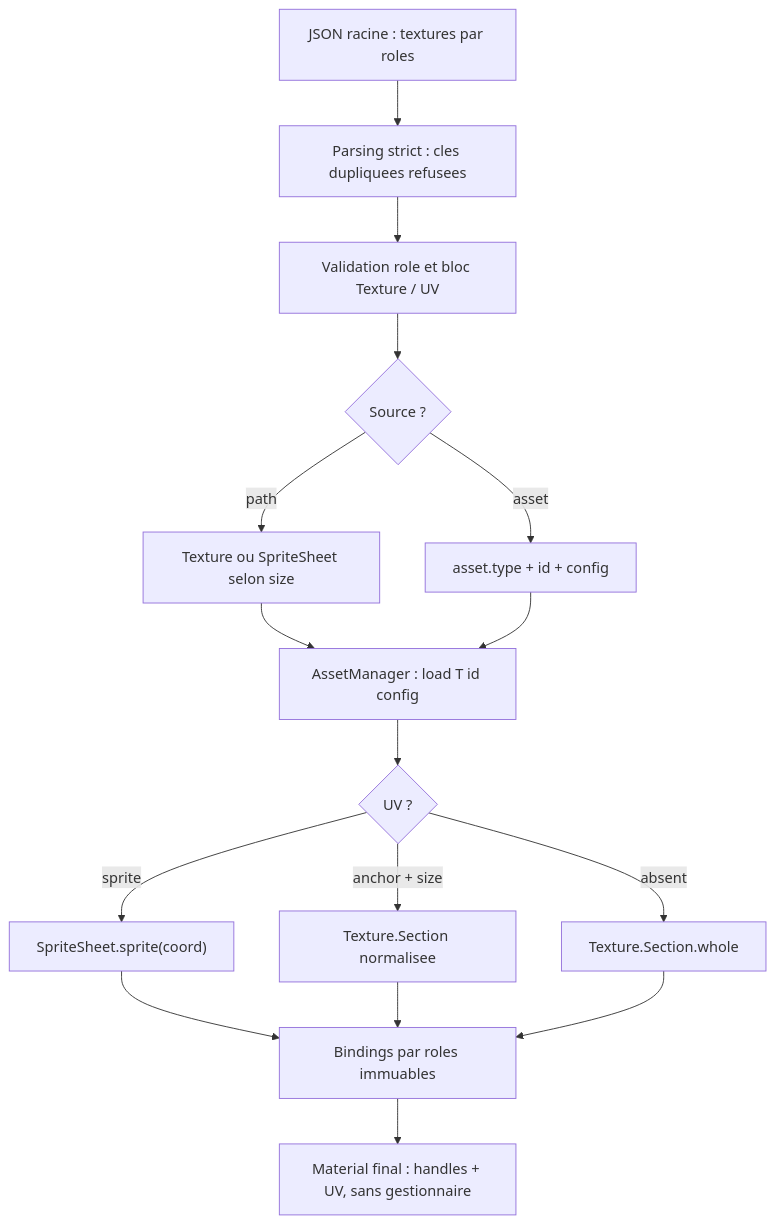
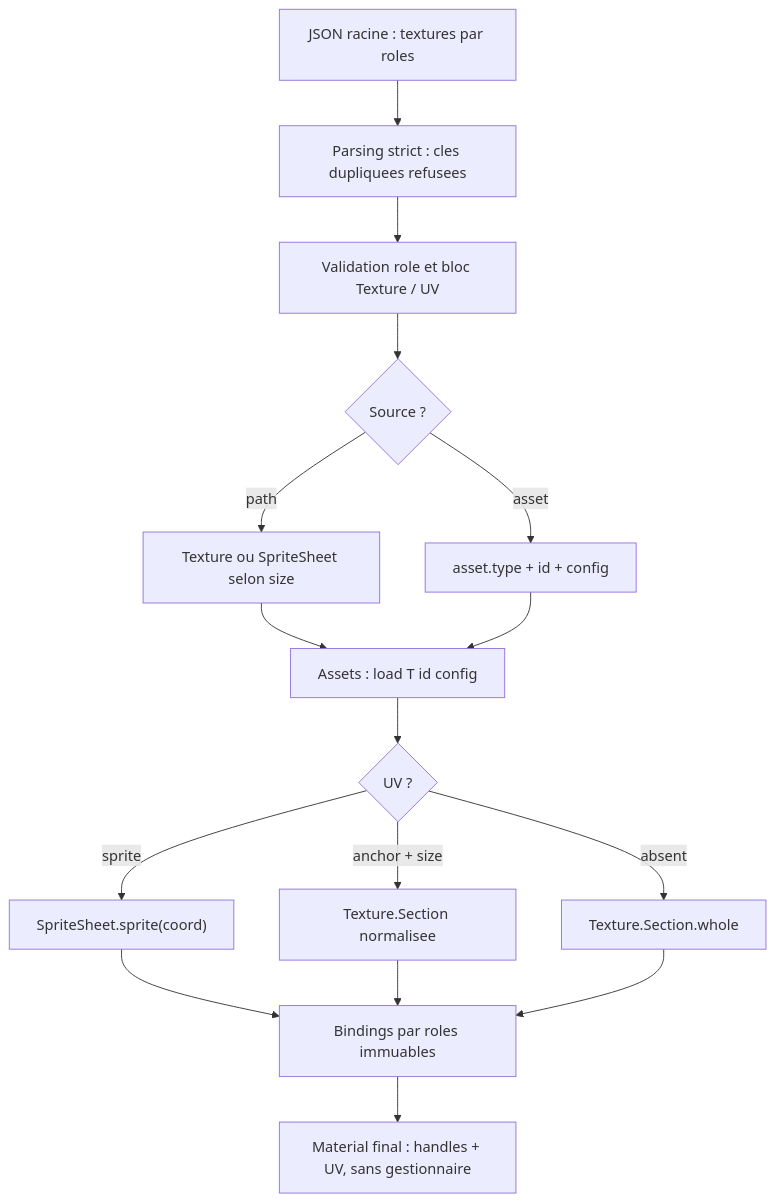
Before and after one commit to EreliaStudio/Sparkle: the second of 3 diagrams in docs/voxel-engine-v0.1.4/04-materiaux-textures-palettes.md, drawn with Mermaid. The commit also changed other lines of this file and 11 other files, not shown here.

Commit message:
PR-06: make spk::Assets and spk::AssetFactory native public API

````diff
--- a/docs/voxel-engine-v0.1.4/04-materiaux-textures-palettes.md
+++ b/docs/voxel-engine-v0.1.4/04-materiaux-textures-palettes.md
@@ -150,18 +150,18 @@
 ```mermaid
 flowchart TD
   Root["JSON racine : textures par roles"] --> Parse["Parsing strict : cles dupliquees refusees"]
   Parse --> Role["Validation role et bloc Texture / UV"]
   Role --> Type{"Source ?"}
   Type -->|"path"| Path["Texture ou SpriteSheet selon size"]
   Type -->|"asset"| Asset["asset.type + id + config"]
-  Path --> Load["AssetManager : load T id config"]
+  Path --> Load["Assets : load T id config"]
   Asset --> Load
   Load --> Region{"UV ?"}
   Region -->|"sprite"| Sprite["SpriteSheet.sprite(coord)"]
   Region -->|"anchor + size"| Explicit["Texture.Section normalisee"]
   Region -->|"absent"| Whole["Texture.Section.whole"]
   Sprite --> Build["Bindings par roles immuables"]
   Explicit --> Build
   Whole --> Build
   Build --> Material["Material final : handles + UV, sans gestionnaire"]
 ```
````
